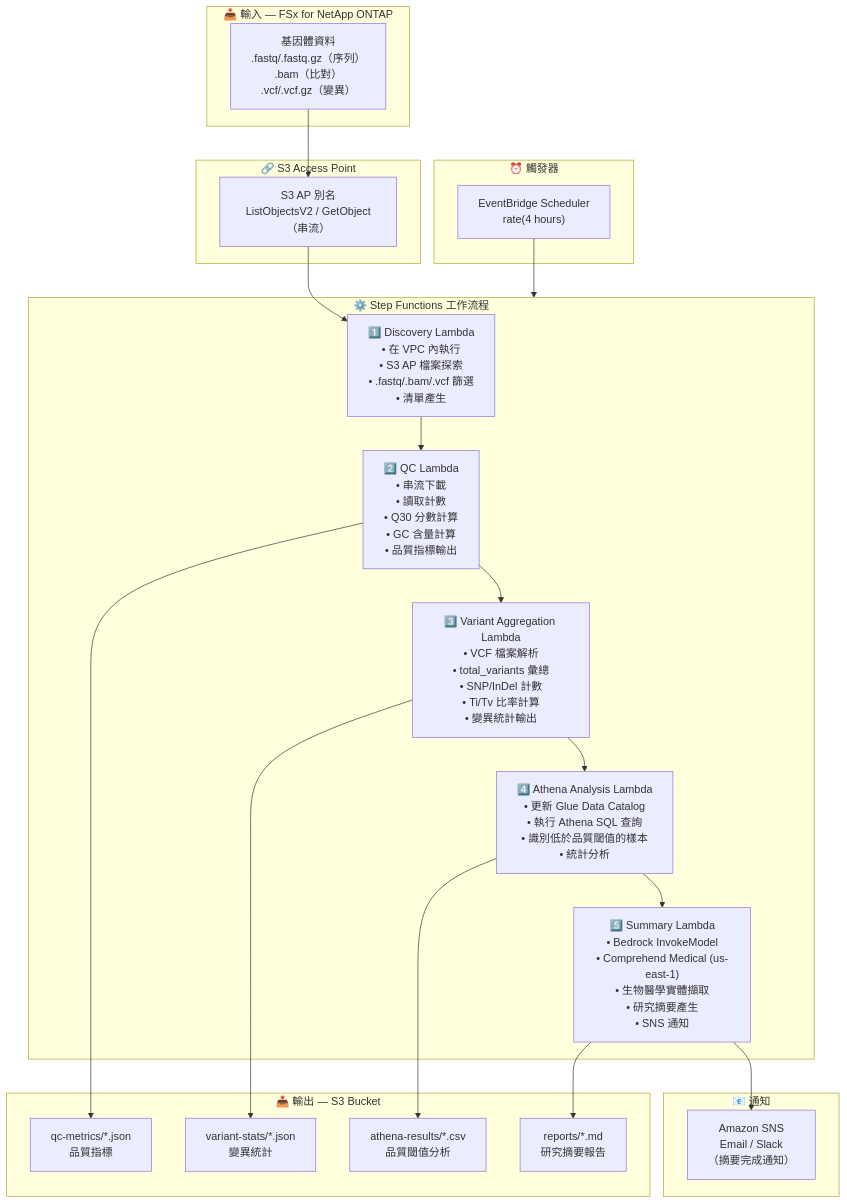
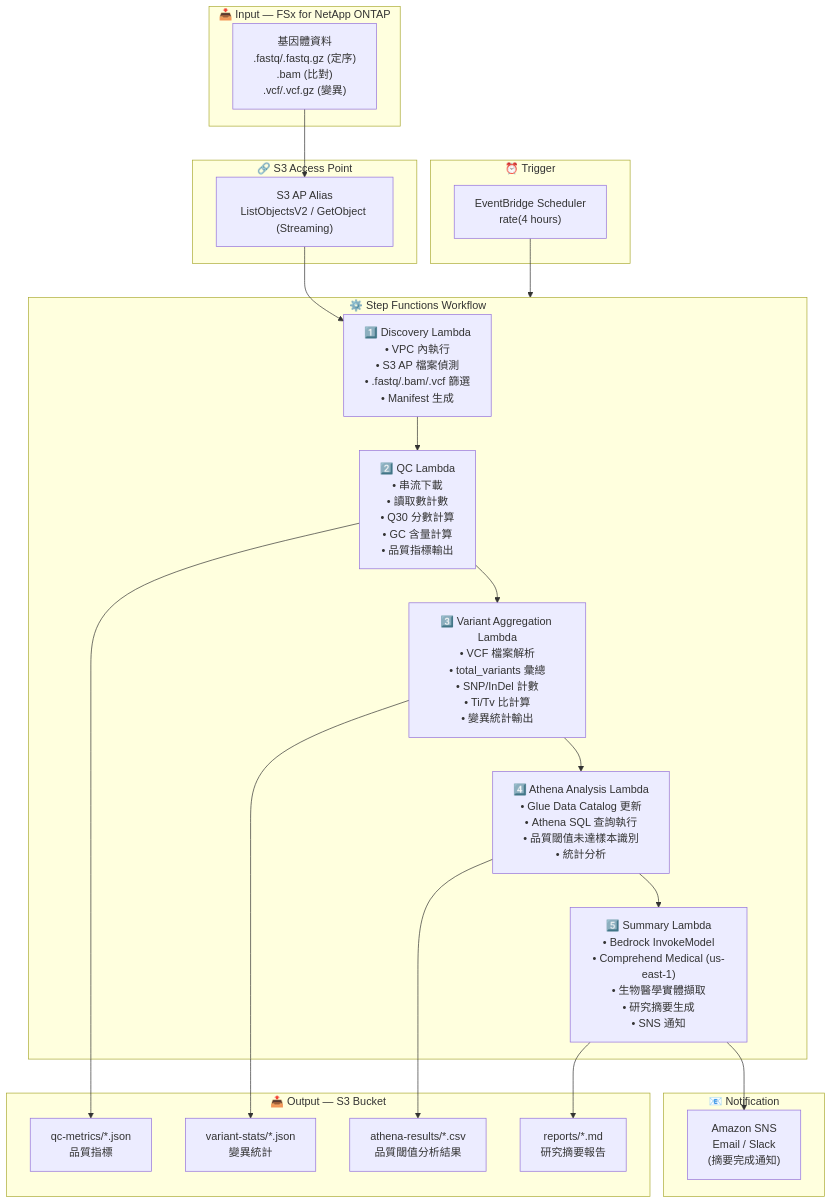
Before and after one commit to Yoshiki0705/FSx-for-ONTAP-S3AccessPoints-Serverless-Patterns: the diagram in genomics-pipeline/docs/architecture.zh-TW.md, drawn with Mermaid. The commit also changed other lines of this file and 54 other files, not shown here.

````diff
--- a/genomics-pipeline/docs/architecture.zh-TW.md
+++ b/genomics-pipeline/docs/architecture.zh-TW.md
@@ -11,46 +13,46 @@
 ```mermaid
 flowchart TB
-    subgraph INPUT["📥 輸入 — FSx for NetApp ONTAP"]
-        DATA["基因體資料<br/>.fastq/.fastq.gz（序列）<br/>.bam（比對）<br/>.vcf/.vcf.gz（變異）"]
+    subgraph INPUT["📥 Input — FSx for NetApp ONTAP"]
+        DATA["基因體資料<br/>.fastq/.fastq.gz (定序)<br/>.bam (比對)<br/>.vcf/.vcf.gz (變異)"]
     end
 
     subgraph S3AP["🔗 S3 Access Point"]
-        ALIAS["S3 AP 別名<br/>ListObjectsV2 / GetObject（串流）"]
+        ALIAS["S3 AP Alias<br/>ListObjectsV2 / GetObject (Streaming)"]
     end
 
-    subgraph TRIGGER["⏰ 觸發器"]
+    subgraph TRIGGER["⏰ Trigger"]
         EB["EventBridge Scheduler<br/>rate(4 hours)"]
     end
 
-    subgraph SFN["⚙️ Step Functions 工作流程"]
-        DISC["1️⃣ Discovery Lambda<br/>• 在 VPC 內執行<br/>• S3 AP 檔案探索<br/>• .fastq/.bam/.vcf 篩選<br/>• 清單產生"]
-        QC["2️⃣ QC Lambda<br/>• 串流下載<br/>• 讀取計數<br/>• Q30 分數計算<br/>• GC 含量計算<br/>• 品質指標輸出"]
-        VA["3️⃣ Variant Aggregation Lambda<br/>• VCF 檔案解析<br/>• total_variants 彙總<br/>• SNP/InDel 計數<br/>• Ti/Tv 比率計算<br/>• 變異統計輸出"]
-        ATH["4️⃣ Athena Analysis Lambda<br/>• 更新 Glue Data Catalog<br/>• 執行 Athena SQL 查詢<br/>• 識別低於品質閾值的樣本<br/>• 統計分析"]
-        SUM["5️⃣ Summary Lambda<br/>• Bedrock InvokeModel<br/>• Comprehend Medical (us-east-1)<br/>• 生物醫學實體擷取<br/>• 研究摘要產生<br/>• SNS 通知"]
+    subgraph SFN["⚙️ Step Functions Workflow"]
+        DISC["1️⃣ Discovery Lambda<br/>• VPC 內執行<br/>• S3 AP 檔案偵測<br/>• .fastq/.bam/.vcf 篩選<br/>• Manifest 生成"]
+        QC["2️⃣ QC Lambda<br/>• 串流下載<br/>• 讀取數計數<br/>• Q30 分數計算<br/>• GC 含量計算<br/>• 品質指標輸出"]
+        VA["3️⃣ Variant Aggregation Lambda<br/>• VCF 檔案解析<br/>• total_variants 彙總<br/>• SNP/InDel 計數<br/>• Ti/Tv 比計算<br/>• 變異統計輸出"]
+        ATH["4️⃣ Athena Analysis Lambda<br/>• Glue Data Catalog 更新<br/>• Athena SQL 查詢執行<br/>• 品質閾值未達樣本識別<br/>• 統計分析"]
+        SUM["5️⃣ Summary Lambda<br/>• Bedrock InvokeModel<br/>• Comprehend Medical (us-east-1)<br/>• 生物醫學實體擷取<br/>• 研究摘要生成<br/>• SNS 通知"]
     end
 
-    subgraph OUTPUT["📤 輸出 — S3 Bucket"]
+    subgraph OUTPUT["📤 Output — S3 Bucket"]
         QCOUT["qc-metrics/*.json<br/>品質指標"]
         VAROUT["variant-stats/*.json<br/>變異統計"]
-        ATHOUT["athena-results/*.csv<br/>品質閾值分析"]
+        ATHOUT["athena-results/*.csv<br/>品質閾值分析結果"]
         REPORT["reports/*.md<br/>研究摘要報告"]
     end
 
-    subgraph NOTIFY["📧 通知"]
-        SNS["Amazon SNS<br/>Email / Slack<br/>（摘要完成通知）"]
+    subgraph NOTIFY["📧 Notification"]
+        SNS["Amazon SNS<br/>Email / Slack<br/>(摘要完成通知)"]
     end
 
     DATA --> ALIAS
     ALIAS --> DISC
     EB --> SFN
     DISC --> QC
     QC --> VA
     VA --> ATH
     ATH --> SUM
     QC --> QCOUT
     VA --> VAROUT
     ATH --> ATHOUT
     SUM --> REPORT
     SUM --> SNS
 ```
````
